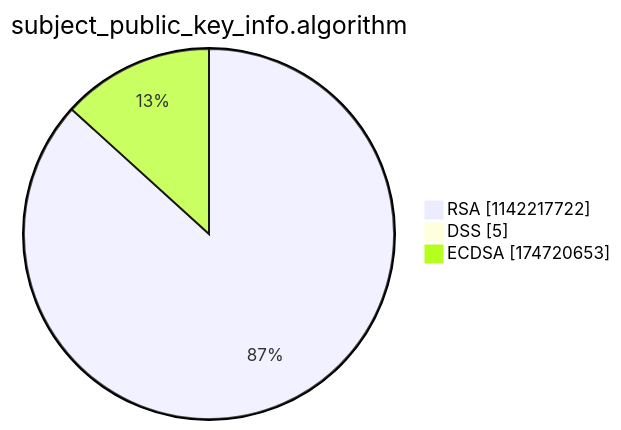
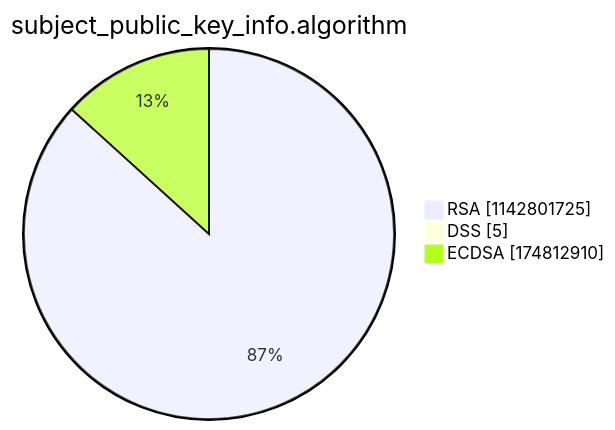
The third of 15 diagrams in argon2022/README.md (christiankrug/ctmonitor_visualization), drawn with Mermaid before and after one commit. The commit also changed other lines of this file, not shown here.

````diff
--- a/argon2022/README.md
+++ b/argon2022/README.md
@@ -14,7 +14,7 @@
 ```mermaid
 pie showData
 title subject_public_key_info.algorithm
-"RSA" :1142217722
+"RSA" :1142801725
 "DSS" :5
-"ECDSA" :174720653
+"ECDSA" :174812910
 ```
````
